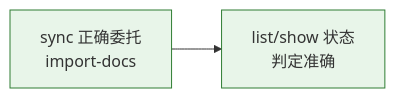
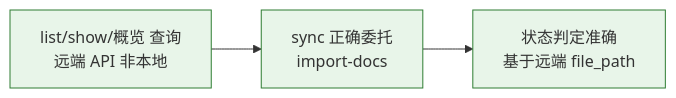
The tenth of 11 diagrams in skills/rui-story/SKILL.md (effiy/YrY), drawn with Mermaid before and after one commit. The commit also changed other lines of this file and 14 other files, not shown here.

````diff
--- a/skills/rui-story/SKILL.md
+++ b/skills/rui-story/SKILL.md
@@ -225,7 +267,8 @@
 ```mermaid
 flowchart LR
-    F1["sync 正确委托<br/>import-docs"]:::sig
-    F1 --> F2["list/show 状态<br/>判定准确"]:::sig
+    F1["list/show/概览 查询<br/>远端 API 非本地"]:::sig
+    F1 --> F2["sync 正确委托<br/>import-docs"]:::sig
+    F2 --> F3["状态判定准确<br/>基于远端 file_path"]:::sig
 
     classDef sig fill:#e8f5e9,stroke:#2e7d32;
 ```
````
